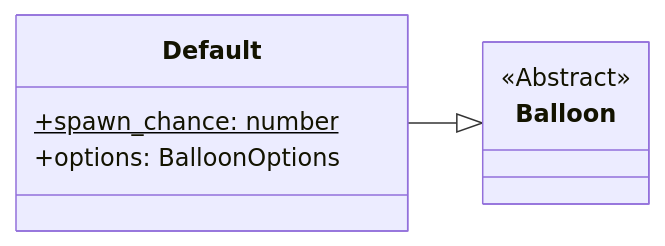
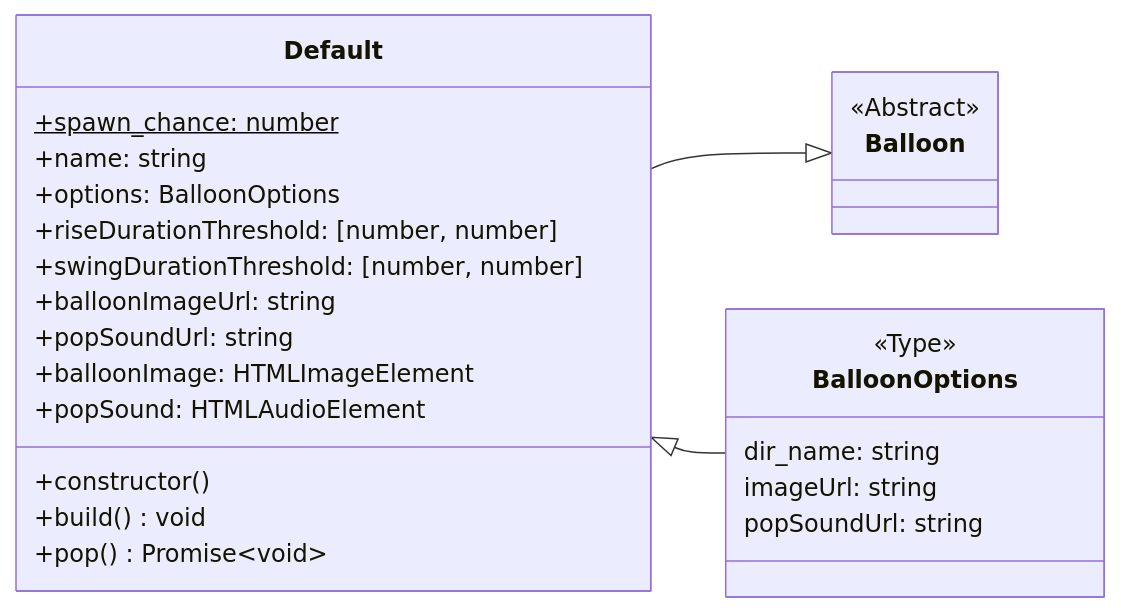
The third of 5 diagrams in docs/README.md (SimonStnn/pop-a-loon), drawn with Mermaid before and after one commit. The commit also changed other lines of this file, not shown here.

Commit message:
Update balloon uml diagrams

````diff
--- a/docs/README.md
+++ b/docs/README.md
@@ -355,12 +302,31 @@
 ```mermaid
 classDiagram
 direction LR
 class Balloon { <<Abstract>> }
 click Balloon href "#abstract-balloon-class" "Abstract balloon class"
 
 class Default {
   +spawn_chance: number$
+  +name: string
   +options: BalloonOptions
+  +riseDurationThreshold: [number, number]
+  +swingDurationThreshold: [number, number]
+  +balloonImageUrl: string
+  +popSoundUrl: string
+  +balloonImage: HTMLImageElement
+  +popSound: HTMLAudioElement
+  +constructor()
+  +build() void
+  +pop() Promise~void~
 }
 Default --|> Balloon
+
+class BalloonOptions {
+  <<Type>>
+  dir_name: string
+  imageUrl: string
+  popSoundUrl: string
+}
+
+Default <|-- BalloonOptions
 ```
````
